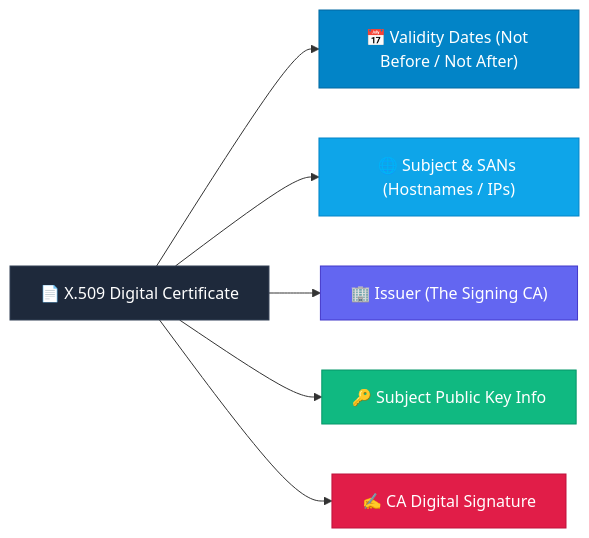
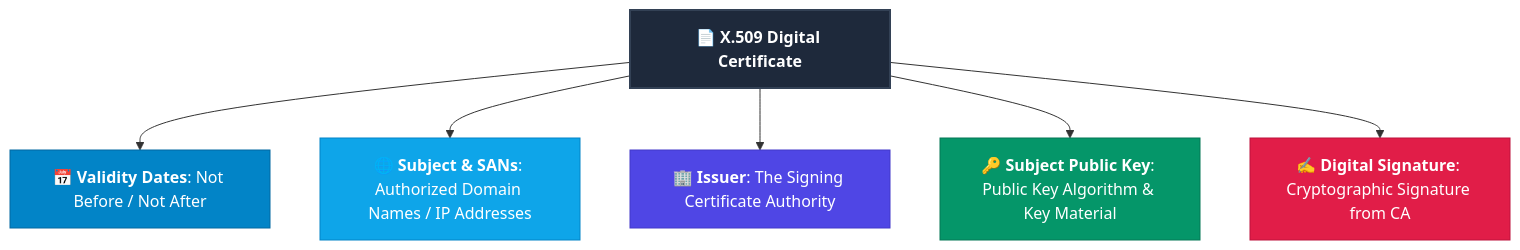
Before and after one commit to tharun15/gcloudcafe: the fifth of 5 diagrams in content/english/blog/tls-demystified-part1-cryptography-keys-csr-ca-explained.md, drawn with Mermaid. The commit also changed other lines of this file and 2 other files, not shown here.

Commit message:
style(ui): enlarge Mermaid diagram nodes and optimize vertical flow for readability

````diff
--- a/content/english/blog/tls-demystified-part1-cryptography-keys-csr-ca-explained.md
+++ b/content/english/blog/tls-demystified-part1-cryptography-keys-csr-ca-explained.md
@@ -194,15 +198,23 @@
 ```mermaid
-graph LR
-    Cert["📄 X.509 Digital Certificate"] --> V["📅 Validity Dates (Not Before / Not After)"]
-    Cert --> S["🌐 Subject & SANs (Hostnames / IPs)"]
-    Cert --> I["🏢 Issuer (The Signing CA)"]
-    Cert --> P["🔑 Subject Public Key Info"]
-    Cert --> SIG["✍️ CA Digital Signature"]
+flowchart TD
+    Cert["📄 <b>X.509 Digital Certificate</b>"]
+    
+    V["📅 <b>Validity Dates</b>: Not Before / Not After"]
+    S["🌐 <b>Subject & SANs</b>: Authorized Domain Names / IP Addresses"]
+    I["🏢 <b>Issuer</b>: The Signing Certificate Authority"]
+    P["🔑 <b>Subject Public Key</b>: Public Key Algorithm & Key Material"]
+    SIG["✍️ <b>Digital Signature</b>: Cryptographic Signature from CA"]
 
-    style Cert fill:#1e293b,stroke:#334155,color:#ffffff;
+    Cert --> V
+    Cert --> S
+    Cert --> I
+    Cert --> P
+    Cert --> SIG
+
+    style Cert fill:#1e293b,stroke:#334155,color:#ffffff,stroke-width:2px;
     style V fill:#0284c7,stroke:#0369a1,color:#ffffff;
     style S fill:#0ea5e9,stroke:#0284c7,color:#ffffff;
-    style I fill:#6366f1,stroke:#4338ca,color:#ffffff;
-    style P fill:#10b981,stroke:#059669,color:#ffffff;
+    style I fill:#4f46e5,stroke:#4338ca,color:#ffffff;
+    style P fill:#059669,stroke:#047857,color:#ffffff;
     style SIG fill:#e11d48,stroke:#be123c,color:#ffffff;
 ```
````
